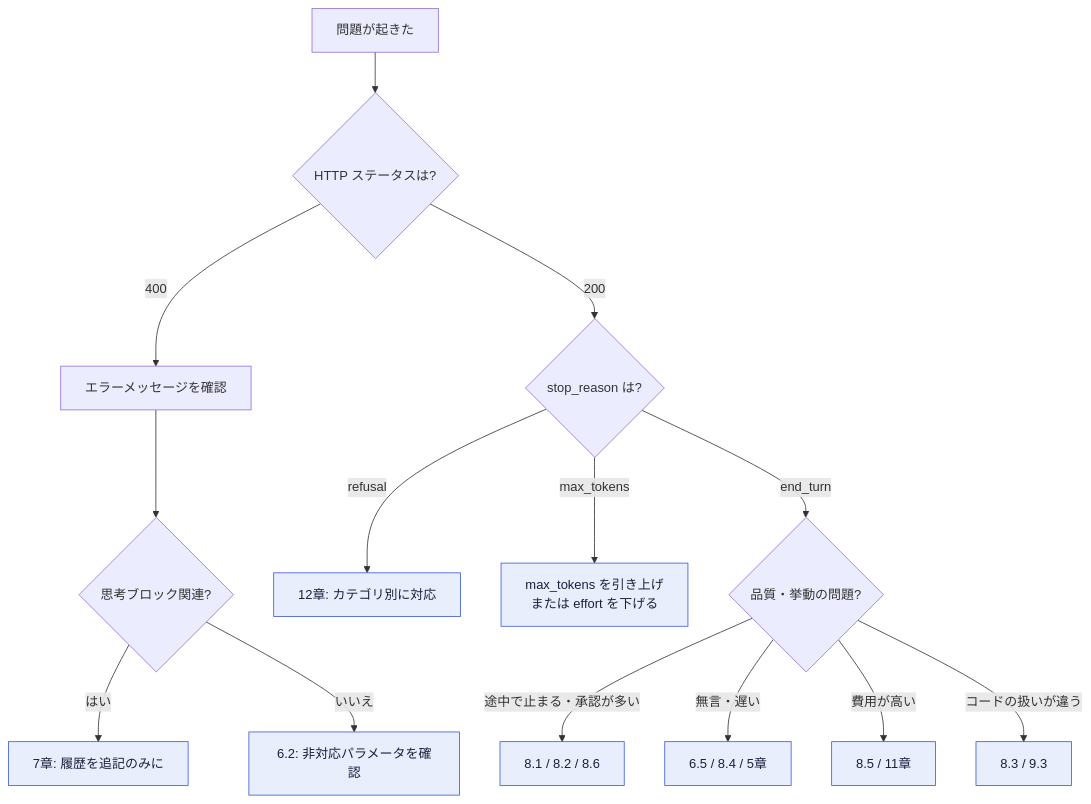
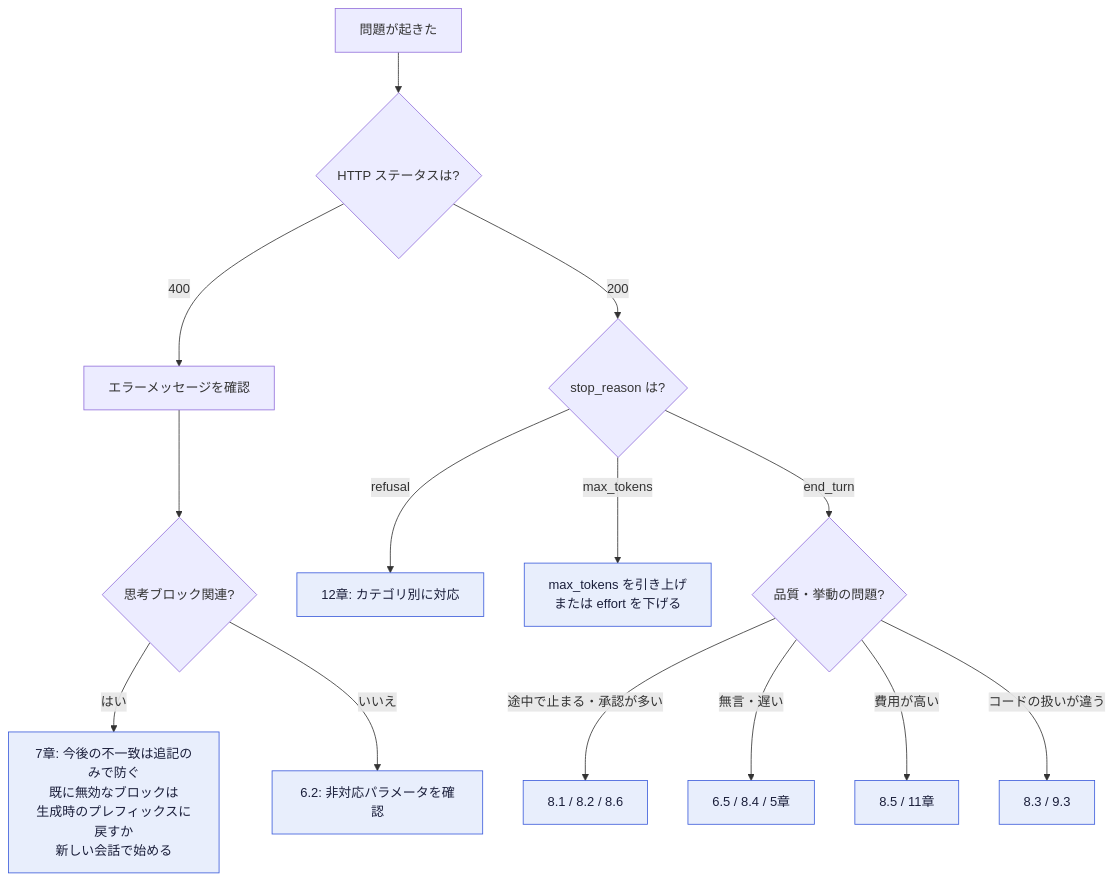
One commit to myoshi2891/Comparison-of-LLMs changed the ninth of 10 diagrams in archive/md/Anthropic/Claude-fable-5-2-best-practices-guide.md. Above: the diagram before and after it, drawn with Mermaid. The commit also changed other lines of this file and 6 other files, not shown here.

````diff
--- a/archive/md/Anthropic/Claude-fable-5-2-best-practices-guide.md
+++ b/archive/md/Anthropic/Claude-fable-5-2-best-practices-guide.md
@@ -1383,19 +1386,19 @@
 ```mermaid
 flowchart TD
     S["問題が起きた"] --> A{"HTTP ステータスは?"}
     A -- "400" --> B["エラーメッセージを確認"]
     B --> B1{"思考ブロック関連?"}
-    B1 -- "はい" --> R7["7章: 履歴を追記のみに"]
+    B1 -- "はい" --> R7["7章: 今後の不一致は追記のみで防ぐ<br/>既に無効なブロックは<br/>生成時のプレフィックスに戻すか<br/>新しい会話で始める"]
     B1 -- "いいえ" --> R6["6.2: 非対応パラメータを確認"]
     A -- "200" --> C{"stop_reason は?"}
     C -- "refusal" --> R12["12章: カテゴリ別に対応"]
     C -- "max_tokens" --> R6B["max_tokens を引き上げ<br/>または effort を下げる"]
     C -- "end_turn" --> D{"品質・挙動の問題?"}
     D -- "途中で止まる・承認が多い" --> R81["8.1 / 8.2 / 8.6"]
     D -- "無言・遅い" --> R84["6.5 / 8.4 / 5章"]
     D -- "費用が高い" --> R11["8.5 / 11章"]
     D -- "コードの扱いが違う" --> R83["8.3 / 9.3"]
 
     classDef main fill:#e8eefc,stroke:#3b5bdb,color:#1b1f3b
     class R7,R6,R12,R6B,R81,R84,R11,R83 main
 ```
````
